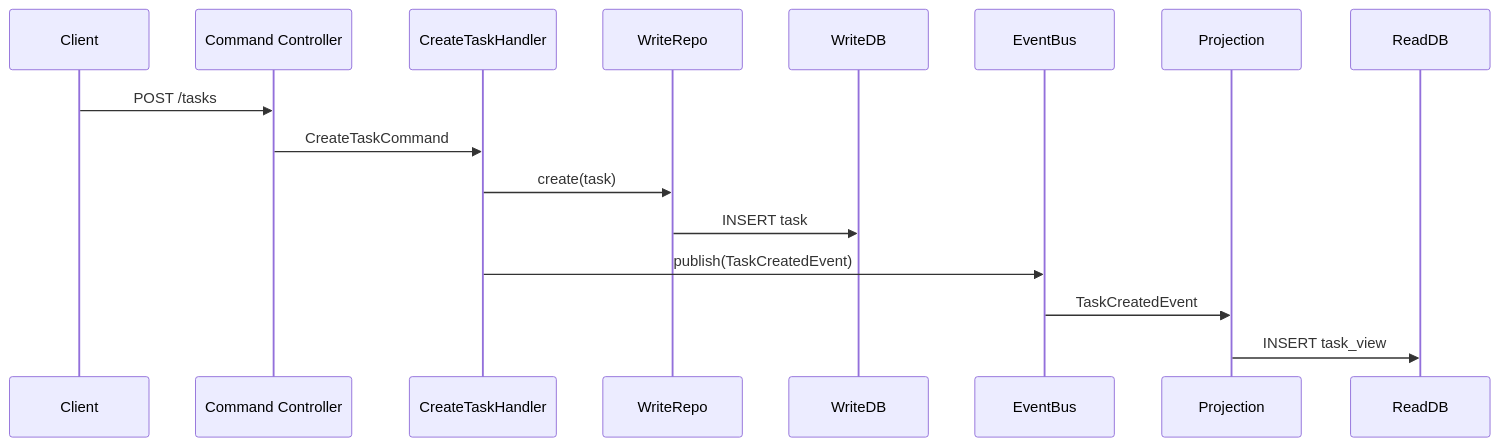
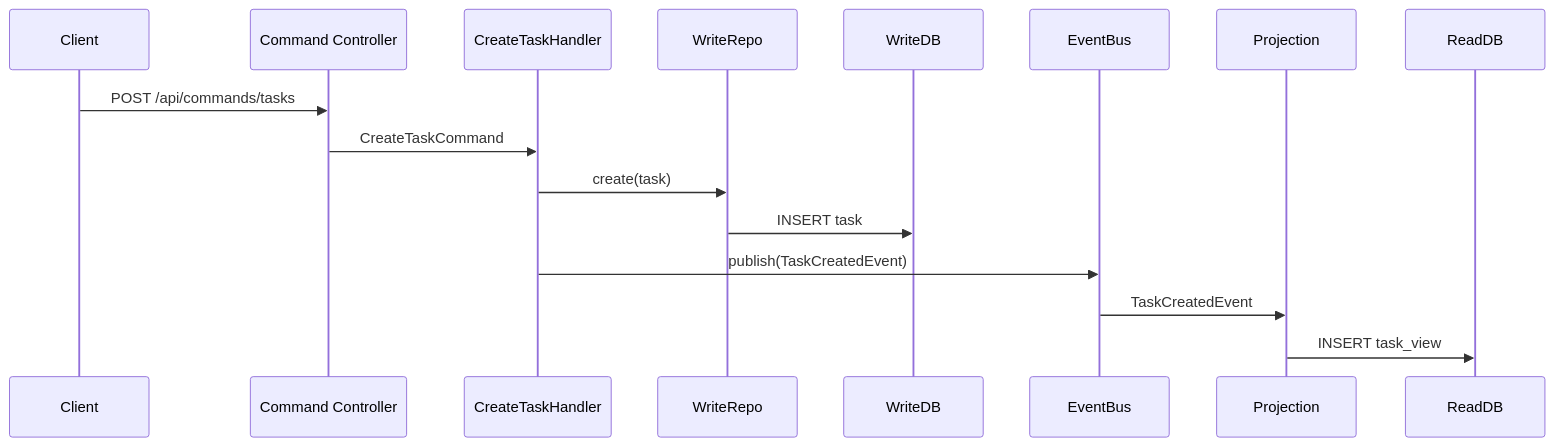
One commit to dilumdarshana/architecture-concepts changed the first of 4 diagrams in cqrs/express/README.md. Above: the diagram before and after it, drawn with Mermaid. The commit also changed other lines of this file and 3 other files, not shown here.

Commit message:
chore: update npm dependencies to latest and improve README with setup guide, schema, and project structure

````diff
--- a/cqrs/express/README.md
+++ b/cqrs/express/README.md
@@ -30,19 +177,19 @@
 ```mermaid
   sequenceDiagram
     participant Client
     participant Controller as Command Controller
     participant Handler as CreateTaskHandler
     participant WriteRepo
     participant WriteDB
     participant EventBus
     participant Projection
     participant ReadDB
 
-    Client->>Controller: POST /tasks
+    Client->>Controller: POST /api/commands/tasks
     Controller->>Handler: CreateTaskCommand
     Handler->>WriteRepo: create(task)
     WriteRepo->>WriteDB: INSERT task
     Handler->>EventBus: publish(TaskCreatedEvent)
     EventBus->>Projection: TaskCreatedEvent
     Projection->>ReadDB: INSERT task_view
 ```
````
